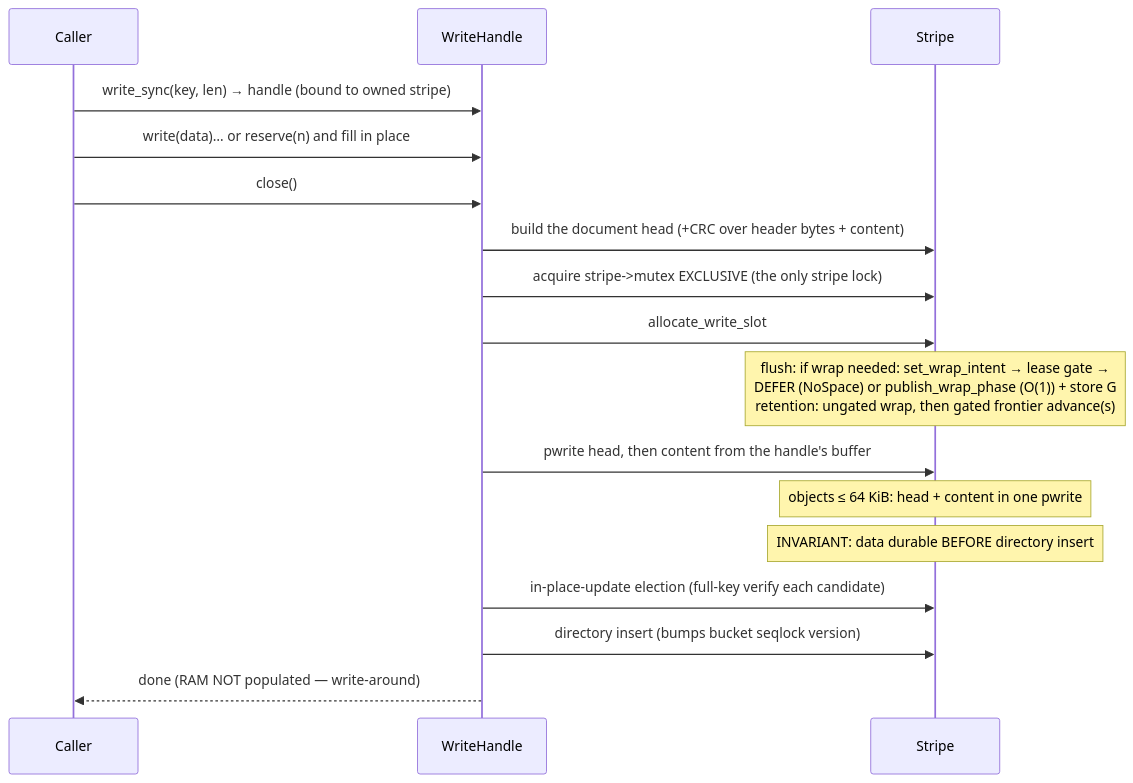
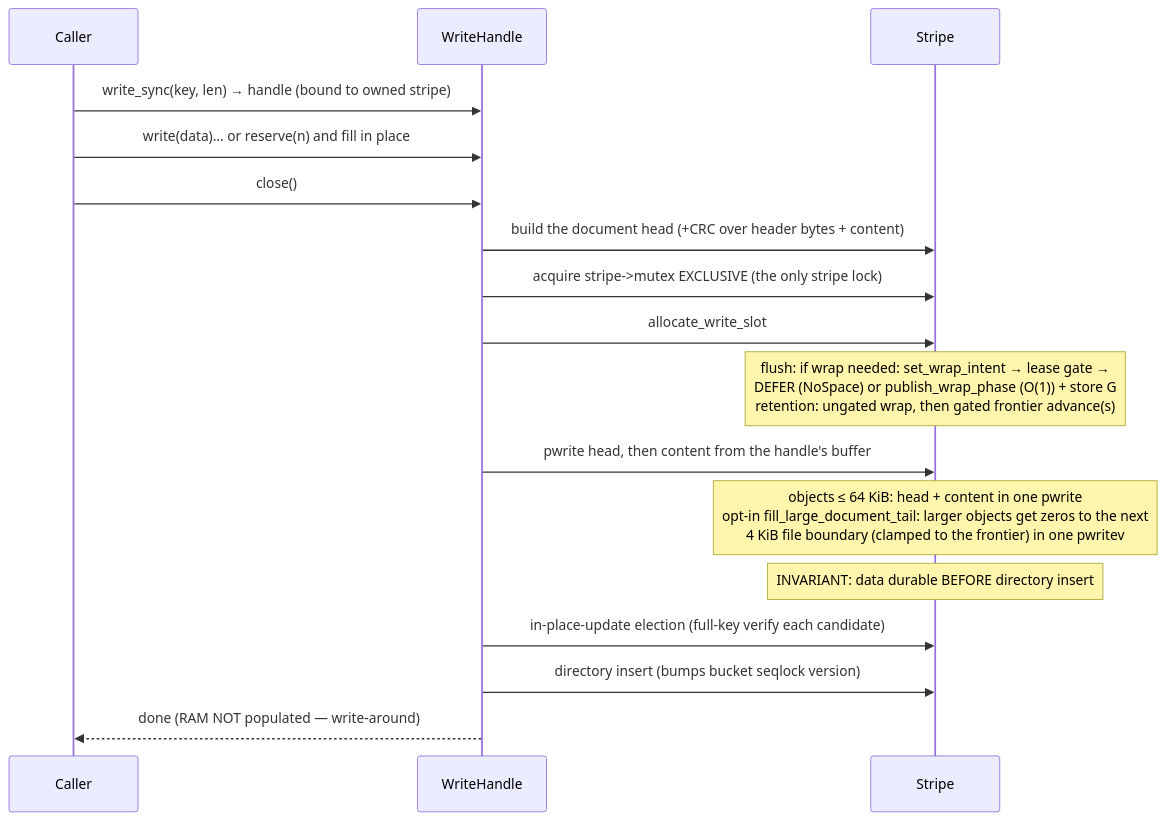
Before and after one commit to We-Amp/cyclone-cache: the sixth of 6 diagrams in doc/architecture.md, drawn with Mermaid. The commit also changed 322 other files, not shown here.

First line of the commit message:
core: opt-in fill of a large document's last page (fill_large_document_tail) (#40)

````diff
--- a/doc/architecture.md
+++ b/doc/architecture.md
@@ -817,19 +817,19 @@
 ```mermaid
 sequenceDiagram
     participant Cl as Caller
     participant WH as WriteHandle
     participant St as Stripe
     Cl->>WH: write_sync(key, len) → handle (bound to owned stripe)
     Cl->>WH: write(data)… or reserve(n) and fill in place
     Cl->>WH: close()
     WH->>St: build the document head (+CRC over header bytes + content)
     WH->>St: acquire stripe->mutex EXCLUSIVE  (the only stripe lock)
     WH->>St: allocate_write_slot
     Note over St: flush: if wrap needed: set_wrap_intent → lease gate →<br/>DEFER (NoSpace) or publish_wrap_phase (O(1)) + store G<br/>retention: ungated wrap, then gated frontier advance(s)
     WH->>St: pwrite head, then content from the handle's buffer
-    Note over St: objects ≤ 64 KiB: head + content in one pwrite
+    Note over St: objects ≤ 64 KiB: head + content in one pwrite<br/>opt-in fill_large_document_tail: larger objects get zeros to the next<br/>4 KiB file boundary (clamped to the frontier) in one pwritev
     Note over St: INVARIANT: data durable BEFORE directory insert
     WH->>St: in-place-update election (full-key verify each candidate)
     WH->>St: directory insert (bumps bucket seqlock version)
     WH-->>Cl: done (RAM NOT populated — write-around)
 ```
````
